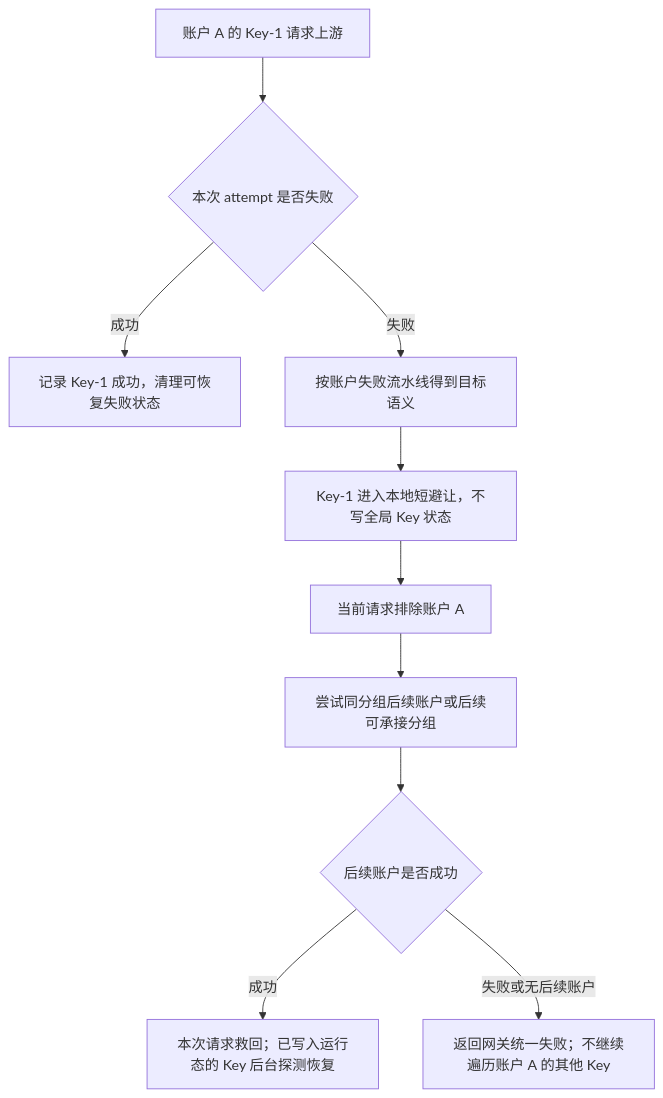
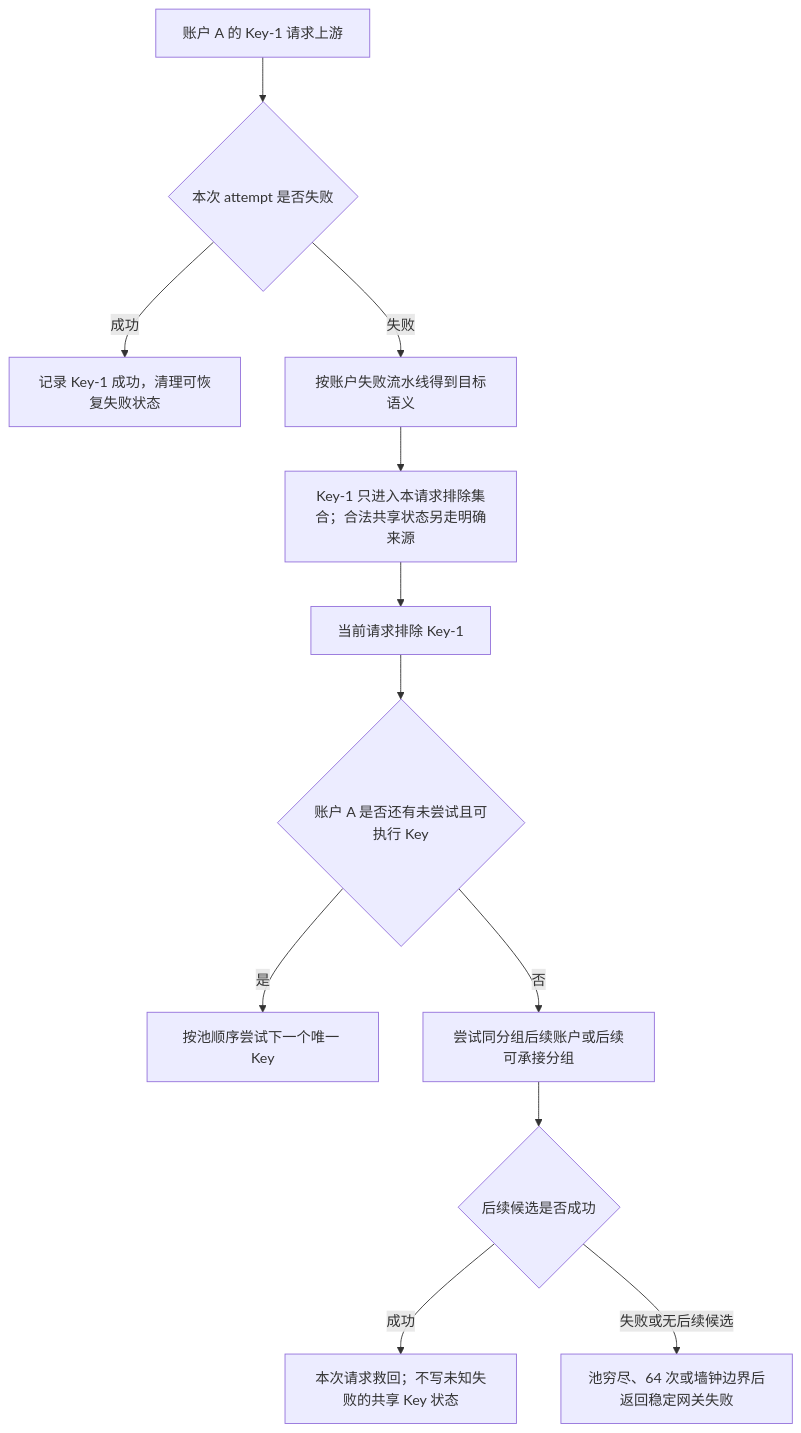
Before and after one commit to huanmin123/juhe-ai: the second of 2 diagrams in docs/functions/账户内APIKey故障隔离设计.md, drawn with Mermaid. The commit also changed other lines of this file and 290 other files, not shown here.

````diff
--- a/docs/functions/账户内APIKey故障隔离设计.md
+++ b/docs/functions/账户内APIKey故障隔离设计.md
@@ -66,12 +66,14 @@
 ```mermaid
 flowchart TD
   A["账户 A 的 Key-1 请求上游"] --> B{"本次 attempt 是否失败"}
   B -- "成功" --> C["记录 Key-1 成功，清理可恢复失败状态"]
   B -- "失败" --> D["按账户失败流水线得到目标语义"]
-  D --> E["Key-1 进入本地短避让，不写全局 Key 状态"]
-  E --> I["当前请求排除账户 A"]
-  I --> J["尝试同分组后续账户或后续可承接分组"]
-  J --> K{"后续账户是否成功"}
-  K -- "成功" --> L["本次请求救回；已写入运行态的 Key 后台探测恢复"]
-  K -- "失败或无后续账户" --> M["返回网关统一失败；不继续遍历账户 A 的其他 Key"]
+  D --> E["Key-1 只进入本请求排除集合；合法共享状态另走明确来源"]
+  E --> I["当前请求排除 Key-1"]
+  I --> J{"账户 A 是否还有未尝试且可执行 Key"}
+  J -- "是" --> N["按池顺序尝试下一个唯一 Key"]
+  J -- "否" --> K["尝试同分组后续账户或后续可承接分组"]
+  K --> L{"后续候选是否成功"}
+  L -- "成功" --> M["本次请求救回；不写未知失败的共享 Key 状态"]
+  L -- "失败或无后续候选" --> O["池穷尽、64 次或墙钟边界后返回稳定网关失败"]
 ```
````
